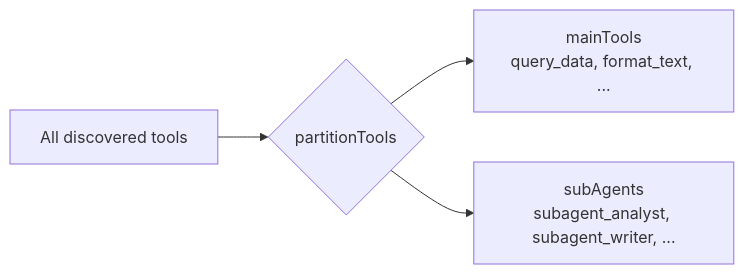
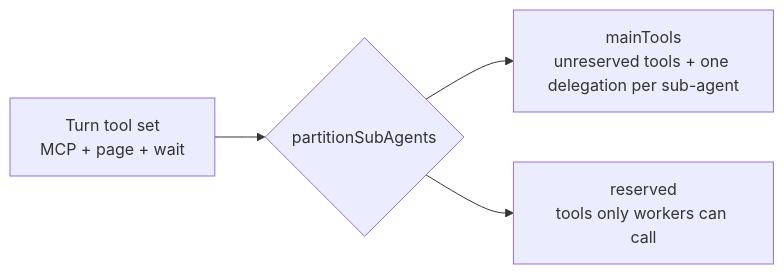
One commit to data-fair/agents changed the second of 4 diagrams in docs/architecture/sub-agents.md. Above: the diagram before and after it, drawn with Mermaid. The commit also changed other lines of this file and 14 other files, not shown here.

First line of the commit message:
docs(architecture): the docs describe the server-held loop

````diff
--- a/docs/architecture/sub-agents.md
+++ b/docs/architecture/sub-agents.md
@@ -65,6 +65,6 @@
 ```mermaid
 flowchart LR
-  All[All discovered tools] --> P{partitionTools}
-  P --> Main[mainTools<br/>query_data, format_text, ...]
-  P --> SA[subAgents<br/>subagent_analyst, subagent_writer, ...]
+  All[Turn tool set<br/>MCP + page + wait] --> P{partitionSubAgents}
+  P --> Main[mainTools<br/>unreserved tools + one delegation per sub-agent]
+  P --> Reserved[reserved<br/>tools only workers can call]
 ```
````
